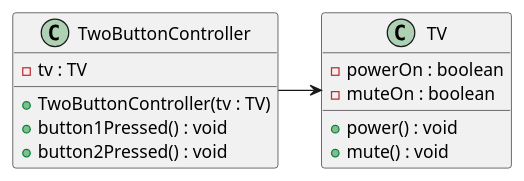
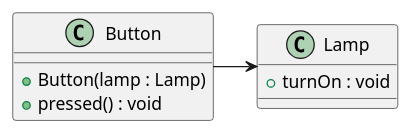
The diagram in study-design-pattern/src/main/java/com/my/studydesignpattern/chapter8/example/Client.puml (hjhello423/toy), drawn with PlantUML before and after one commit. The commit also changed 28 other files, not shown here.

```diff
--- a/study-design-pattern/src/main/java/com/my/studydesignpattern/chapter8/example/Client.puml
+++ b/study-design-pattern/src/main/java/com/my/studydesignpattern/chapter8/example/Client.puml
@@ -1,19 +1,14 @@
 @startuml
 
-class TwoButtonController {
-- tv : TV
-+ TwoButtonController(tv : TV)
-+ button1Pressed() : void
-+ button2Pressed() : void
+class Button {
++ Button(lamp : Lamp)
++ pressed() : void
 }
 
-class TV {
-- powerOn : boolean
-- muteOn : boolean
-+ power() : void
-+ mute() : void
+class Lamp {
++ turnOn : void
 }
 
-TwoButtonController -> TV
+Button -> Lamp
 
 @enduml
```
